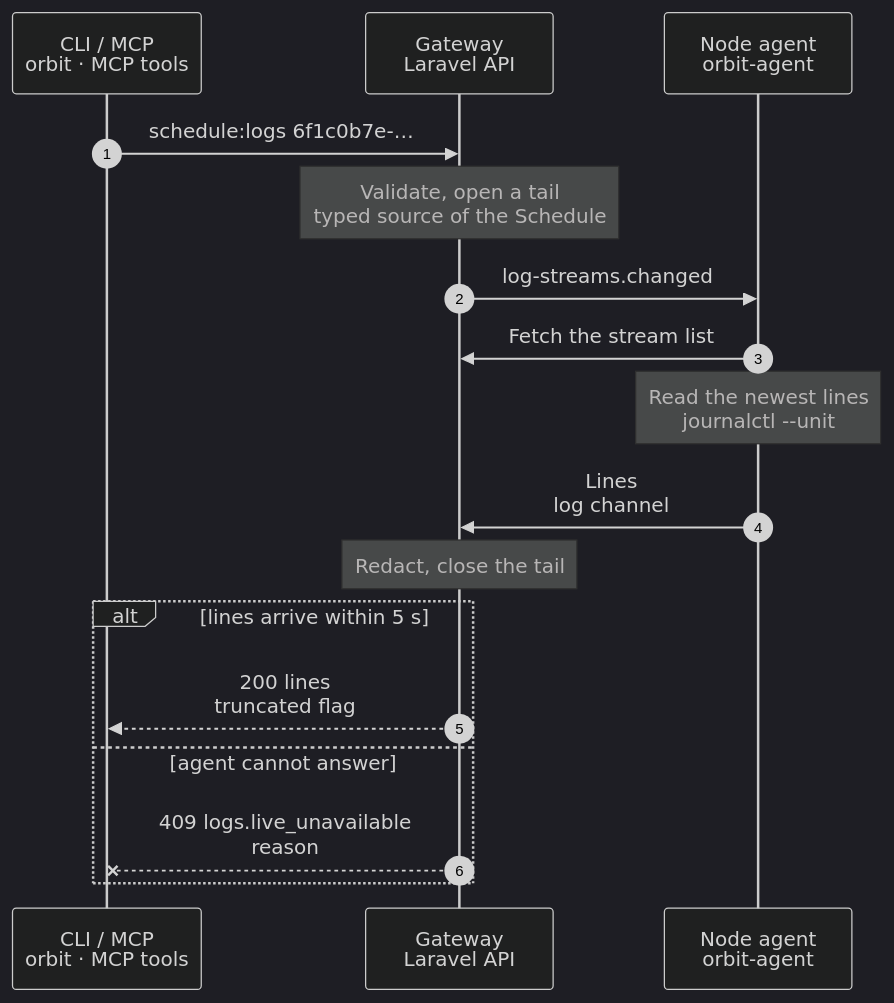
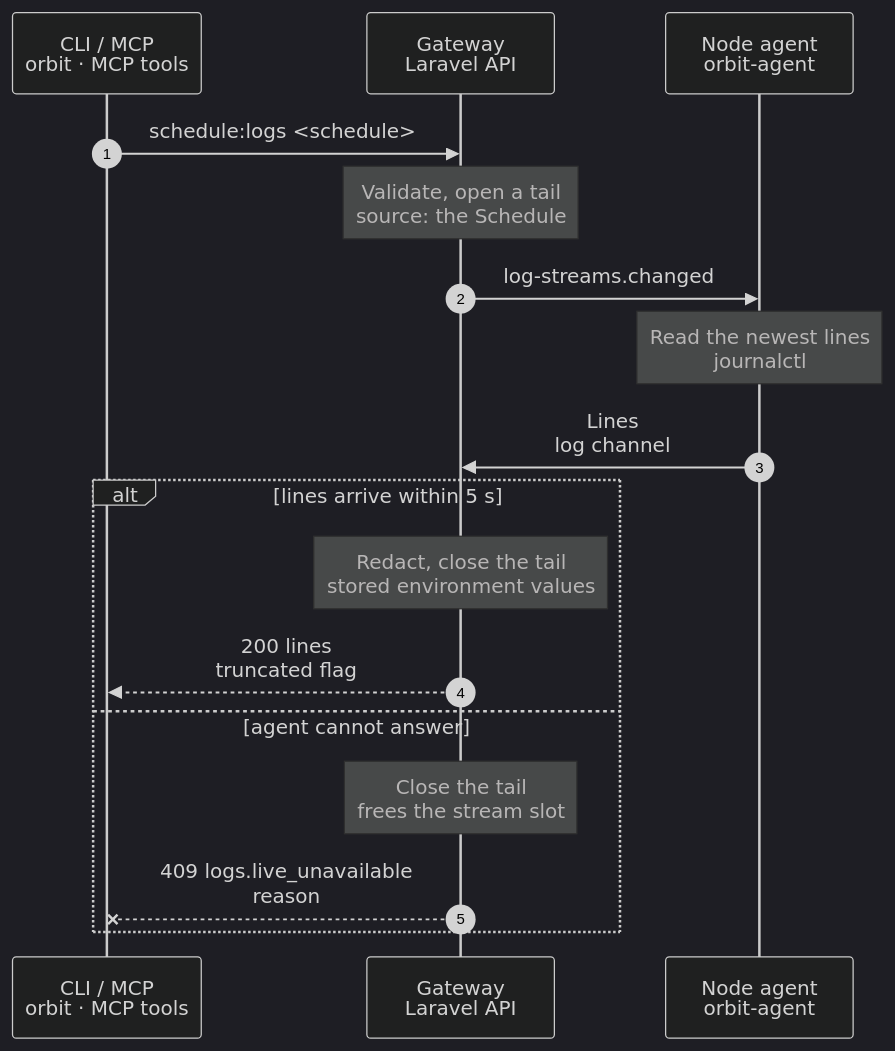
One commit to hardimpactdev/orbit changed the diagram in docs/cli/schedule/logs.mmd. Above: the diagram before and after it, drawn with Mermaid (dark theme). The commit also changed 8 other files, not shown here.

First line of the commit message:
docs(logs): fix the log read spec after review

```diff
--- a/docs/cli/schedule/logs.mmd
+++ b/docs/cli/schedule/logs.mmd
@@ -1,49 +1,52 @@
 sequenceDiagram
   %% Target design: Nick 2026-11-06, agent strip (a): a log read is a typed source of the agent's log streaming. No SSH, no agent command, no Swamp run (R1).
   %% status: draft
   %% command: schedule:logs
   %% kind: schedule.logs
   autonumber
   %% lane CLI icon=terminal pill=caller tone=gray
   %% lane GW icon=gateway pill=intent tone=blue
   %% lane A icon=server pill=observer tone=amber
   participant CLI as CLI / MCP<br/>orbit · MCP tools
   participant GW as Gateway<br/>Laravel API
   participant A as Node agent<br/>orbit-agent
-  CLI->>GW: schedule:logs 6f1c0b7e-…
+  CLI->>GW: schedule:logs <schedule>
   %%> Command:
-  %%> - `orbit schedule:logs 6f1c0b7e-…`
+  %%> - `orbit schedule:logs <schedule>`
   %%> - syntax: `schedule:logs <schedule> [--lines=COUNT] [--json]`
   %%> Input:
   %%> - the Schedule UUID from `schedule:list`
-  %%> Optional:
-  %%> - `--lines` sets the count from 1 through 1,000; it adds no step
   %%> Who can call it:
-  %%> - the `orbit` CLI and the MCP tool send the same request
-  Note over GW: Validate, open a tail<br/>typed source of the Schedule
+  %%> - the `orbit` CLI, the web app and the MCP tool send the same request
+  Note over GW: Validate, open a tail<br/>source: the Schedule
   %%> Requirements:
   %%> - your Node has an access grant to the Node that holds the Schedule
-  %%> - the Schedule is installed; the agent of that Node has a fresh view and has joined its log channel
+  %%> - the agent of that Node has a fresh view and has joined its log channel
+  %%> - the Node has a free stream slot (16 for each Node)
   %%> Result:
-  %%> - a tail is recorded in the stream cache with the source the Gateway derives from the Schedule: its service unit
-  %%> - the caller names no unit
+  %%> - the Gateway opens the tail for itself with the requested line count and starts it at once; it needs no viewer channel
+  %%> - the source is derived by the Gateway: the Schedule's service unit, `orbit-schedule-{id}.service`; the Schedule must be installed
+  %%> - the caller names no path or unit
   GW->>A: log-streams.changed
   %%> What it does:
-  %%> - prompts the agent to fetch its stream list; the event carries no data
-  A->>GW: Fetch the stream list
-  Note over A: Read the newest lines<br/>journalctl --unit
+  %%> - prompts the agent to fetch its stream list over HTTPS; the event carries no data
+  Note over A: Read the newest lines<br/>journalctl
   %%> What it does:
-  %%> - read-only `journalctl --unit … --output short-iso --utc`, newest entries first, cut and redacted as for a Process
+  %%> - read-only `journalctl --unit … --output short-iso --utc`, newest entries first, each entry cut at 256 KiB
+  %%> - the agent redacts each line and sends the first lines as one batch, also when the batch is empty, so the Gateway knows the read is complete
   A->>GW: Lines<br/>log channel
-  Note over GW: Redact, close the tail
   alt lines arrive within 5 s
+    Note over GW: Redact, close the tail<br/>stored environment values
     GW-->>CLI: 200 lines<br/>truncated flag
     %%> Result:
-    %%> - at most `--lines` newest complete lines and 1 MiB; `truncated` is set when that limit removed older lines
+    %%> - at most the requested number of newest lines and 256 KiB; `truncated` is set when either limit left out older lines
+    %%> - a unit without journal entries is an empty list
   else agent cannot answer
+    Note over GW: Close the tail<br/>frees the stream slot
     GW--xCLI: 409 logs.live_unavailable<br/>reason
     %%> When:
-    %%> - the agent view is stale, the agent has not joined its log channel, no line arrives within 5 s, or the unit has no journal
+    %%> - the agent view is stale, the agent has not joined its log channel, the source cannot be read, or no batch arrives within 5 s
+    %%> - `logs.stream_limit` (429) when the Node already has 16 open tails
     %%> Result:
-    %%> - there is no SSH fallback and nothing to clean up; read again once the agent is back
+    %%> - there is no SSH fallback and no polling; read again once the agent is back
   end
```
